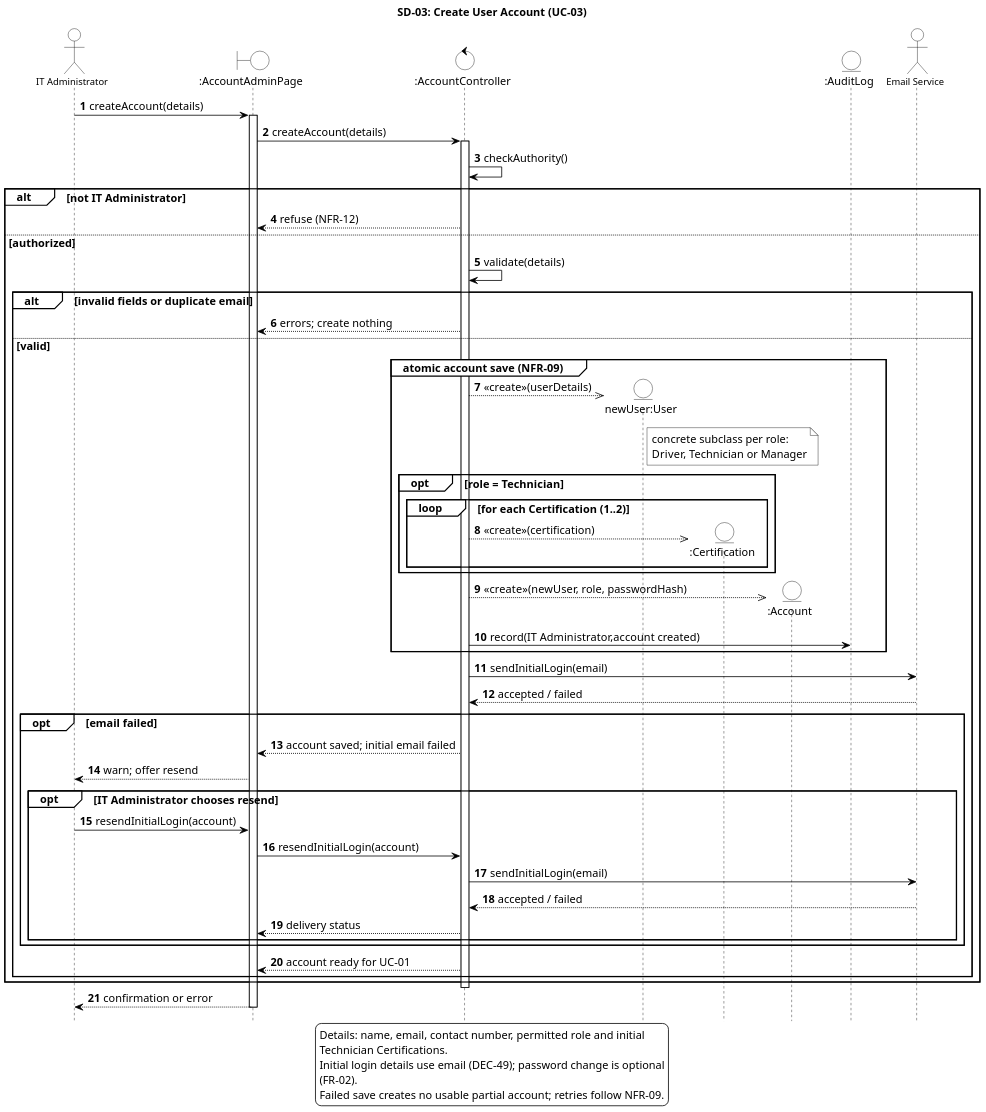
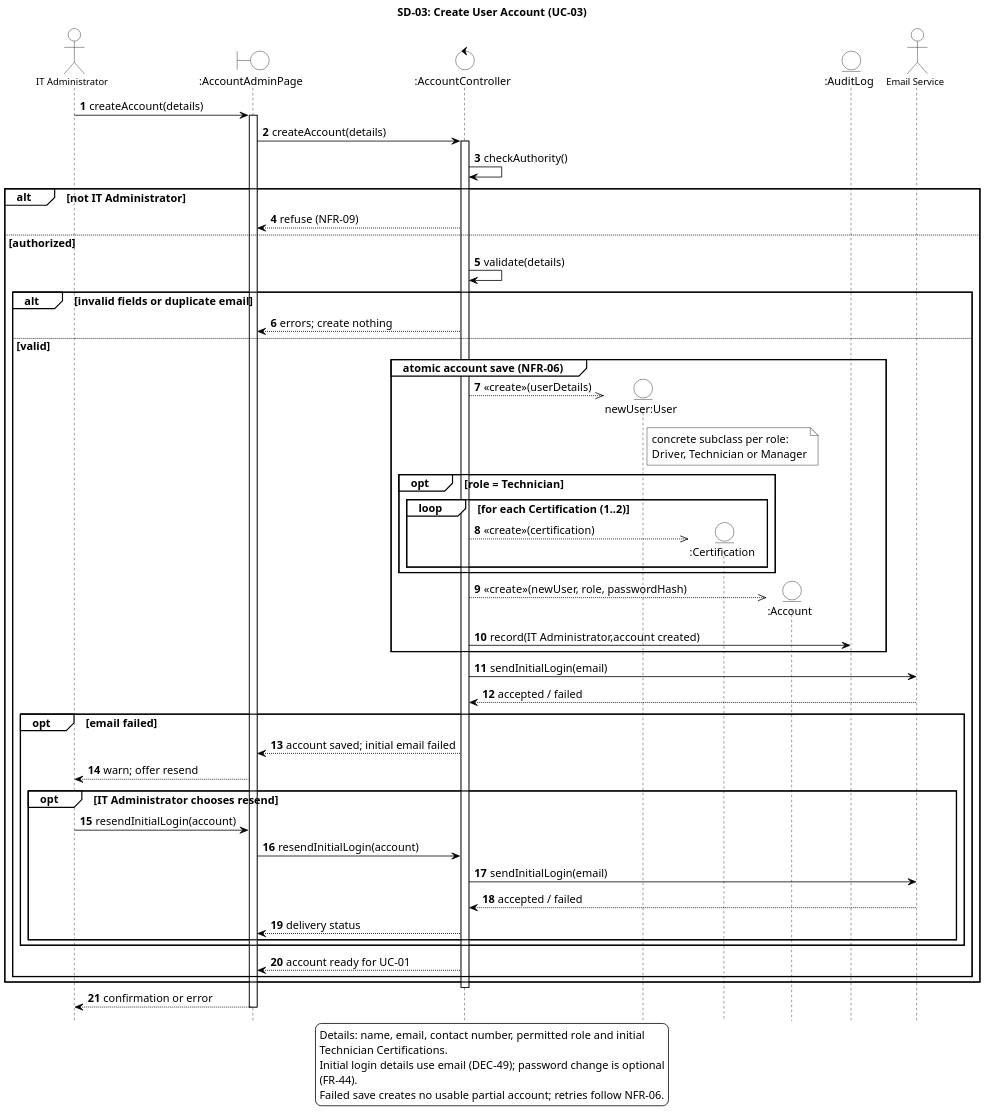
The diagram in diagrams/SD-03-create-user-account.puml (ZadeNova/inf2001-SE), drawn with PlantUML before and after one commit. The commit also changed 56 other files, not shown here.

```diff
--- a/diagrams/SD-03-create-user-account.puml
+++ b/diagrams/SD-03-create-user-account.puml
@@ -1,92 +1,92 @@
 @startuml SD-03-create-user-account
 skinparam backgroundColor white
 skinparam shadowing false
 skinparam defaultFontName Arial
 skinparam defaultFontSize 14
 skinparam ArrowColor black
 skinparam ParticipantBackgroundColor white
 skinparam ParticipantBorderColor black
 skinparam ActorBackgroundColor white
 skinparam ActorBorderColor black
 skinparam BoundaryBackgroundColor white
 skinparam BoundaryBorderColor black
 skinparam ControlBackgroundColor white
 skinparam ControlBorderColor black
 skinparam EntityBackgroundColor white
 skinparam EntityBorderColor black
 skinparam SequenceLifeLineBorderColor black
 skinparam SequenceGroupBorderColor black
 skinparam SequenceGroupBackgroundColor white
 skinparam SequenceReferenceBackgroundColor white
 skinparam SequenceReferenceBorderColor black
 skinparam NoteBackgroundColor white
 skinparam NoteBorderColor black
 skinparam dpi 150
 hide footbox
 skinparam maxMessageSize 300
 skinparam wrapWidth 300
 skinparam sequenceParticipantFontSize 12
 skinparam sequenceActorFontSize 12
 autonumber
 title SD-03: Create User Account (UC-03)
-' Traces: UC-03; FR-02, FR-10, FR-66; NFR-09, NFR-11, NFR-12
+' Traces: UC-03; FR-44, FR-22, FR-49; NFR-06, NFR-08, NFR-09
 ' Sources: DEC-17, DEC-35, DEC-45, DEC-49; DEC-55, DEC-56; sequence-diagram-review.md.
 ' Round-2 source: DEC-58; sequence-diagram-review-round-2.md.
 actor "IT Administrator" as ITA
 boundary ":AccountAdminPage" as Page
 control ":AccountController" as AC
 entity "newUser:User" as U
 entity ":Certification" as Cert
 entity ":Account" as ACC
 entity ":AuditLog" as AL
 actor "Email Service" as ES
 
 ITA -> Page : createAccount(details)
 activate Page
 Page -> AC ++ : createAccount(details)
 AC -> AC : checkAuthority()
 alt not IT Administrator
-  AC --> Page : refuse (NFR-12)
+  AC --> Page : refuse (NFR-09)
 else authorized
   AC -> AC : validate(details)
   alt invalid fields or duplicate email
     AC --> Page : errors; create nothing
   else valid
-    group atomic account save (NFR-09)
+    group atomic account save (NFR-06)
       AC -->> U ** : <<create>>(userDetails)
       note right of U : concrete subclass per role:\nDriver, Technician or Manager
       opt role = Technician
         loop for each Certification (1..2)
           AC -->> Cert ** : <<create>>(certification)
         end
       end
       AC -->> ACC ** : <<create>>(newUser, role, passwordHash)
       AC -> AL : record(IT Administrator,account created)
     end
     AC -> ES : sendInitialLogin(email)
     ES --> AC : accepted / failed
     opt email failed
       AC --> Page : account saved; initial email failed
       Page --> ITA : warn; offer resend
       opt IT Administrator chooses resend
         ITA -> Page : resendInitialLogin(account)
         Page -> AC : resendInitialLogin(account)
         AC -> ES : sendInitialLogin(email)
         ES --> AC : accepted / failed
         AC --> Page : delivery status
       end
     end
     AC --> Page : account ready for UC-01
   end
 end
 deactivate AC
 Page --> ITA : confirmation or error
 deactivate Page
 legend bottom
 Details: name, email, contact number, permitted role and initial
 Technician Certifications.
 Initial login details use email (DEC-49); password change is optional
-(FR-02).
-Failed save creates no usable partial account; retries follow NFR-09.
+(FR-44).
+Failed save creates no usable partial account; retries follow NFR-06.
 endlegend
 @enduml
```
